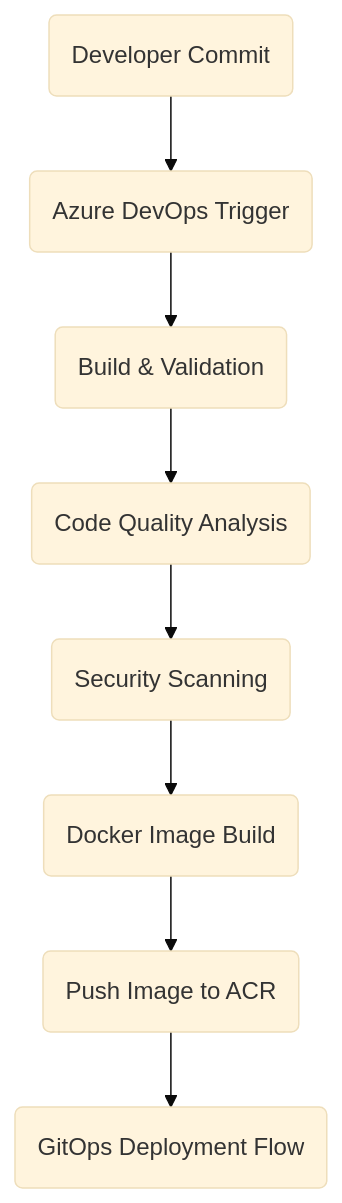
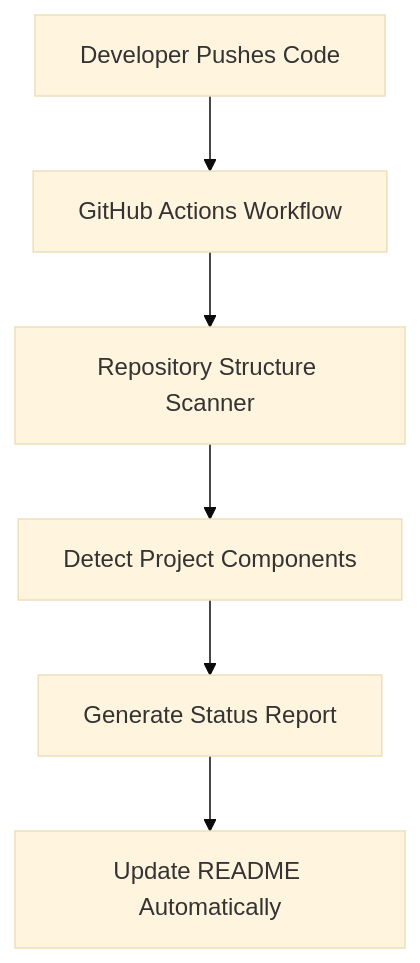
The ninth of 29 diagrams in README.md (bymalathi/flavorforge-azure-devsecops-capstone), drawn with Mermaid (base theme) before and after one commit. The commit also changed other lines of this file, not shown here.

````diff
--- a/README.md
+++ b/README.md
@@ -578,19 +625,15 @@
 ```mermaid
 flowchart TD
-    A(Developer Commit)
-    B(Azure DevOps Trigger)
-    C(Build & Validation)
-    D(Code Quality Analysis)
-    E(Security Scanning)
-    F(Docker Image Build)
-    G(Push Image to ACR)
-    H(GitOps Deployment Flow)
+    A[Developer Pushes Code]
+    B[GitHub Actions Workflow]
+    C[Repository Structure Scanner]
+    D[Detect Project Components]
+    E[Generate Status Report]
+    F[Update README Automatically]
 
     A --> B
     B --> C
     C --> D
     D --> E
     E --> F
-    F --> G
-    G --> H
 ```
````
